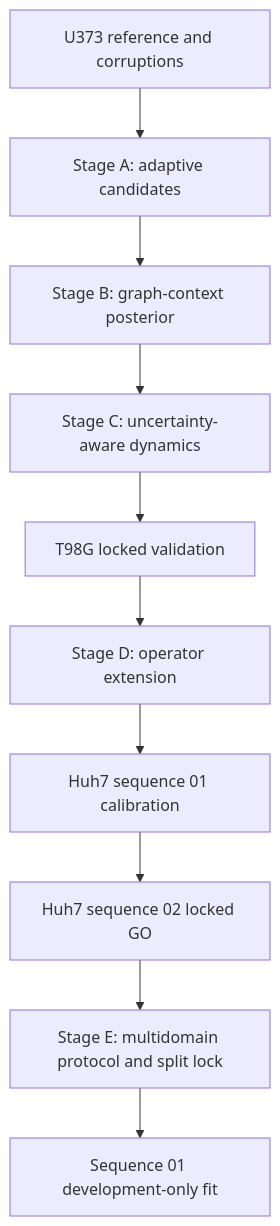
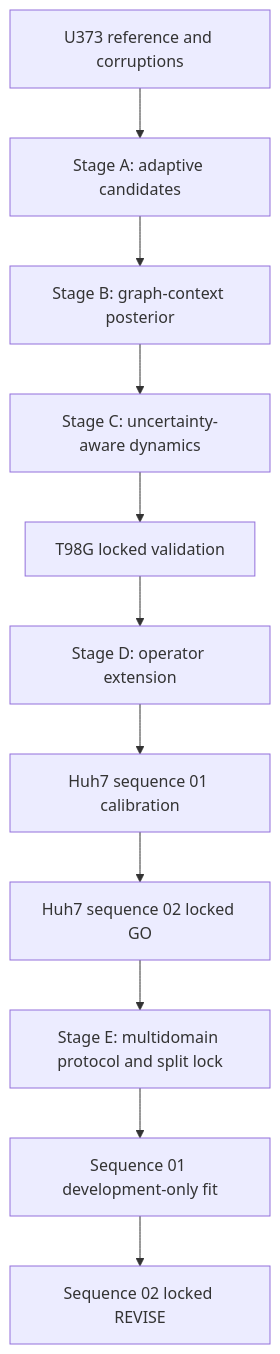
Before and after one commit to mohamad679/gbm-tracking-uncertainty: the diagram in README.md, drawn with Mermaid. The commit also changed other lines of this file and 11 other files, not shown here.

````diff
--- a/README.md
+++ b/README.md
@@ -46,12 +46,13 @@
 ```mermaid
 flowchart TD
     A[U373 reference and corruptions] --> B[Stage A: adaptive candidates]
     B --> C[Stage B: graph-context posterior]
     C --> D[Stage C: uncertainty-aware dynamics]
     D --> E[T98G locked validation]
     E --> F[Stage D: operator extension]
     F --> G[Huh7 sequence 01 calibration]
     G --> H[Huh7 sequence 02 locked GO]
     H --> I[Stage E: multidomain protocol and split lock]
     I --> J[Sequence 01 development-only fit]
+    J --> K[Sequence 02 locked REVISE]
 ```
````
